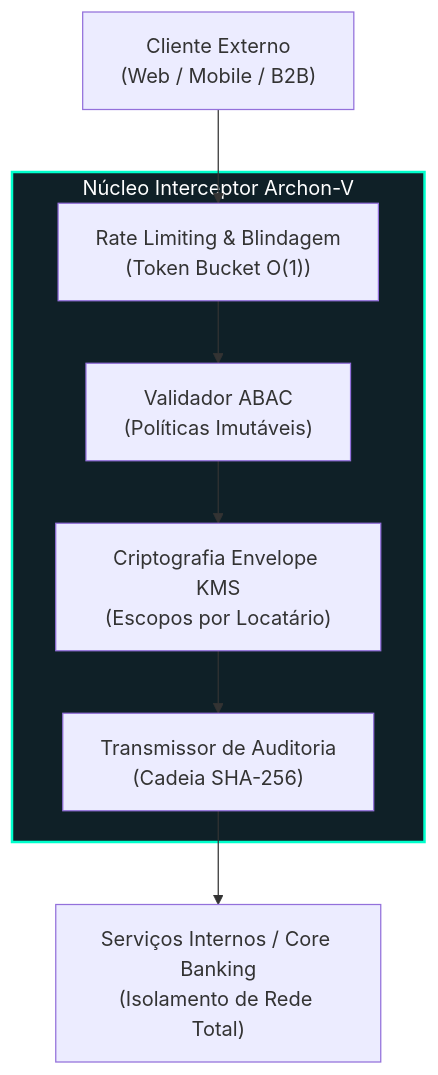
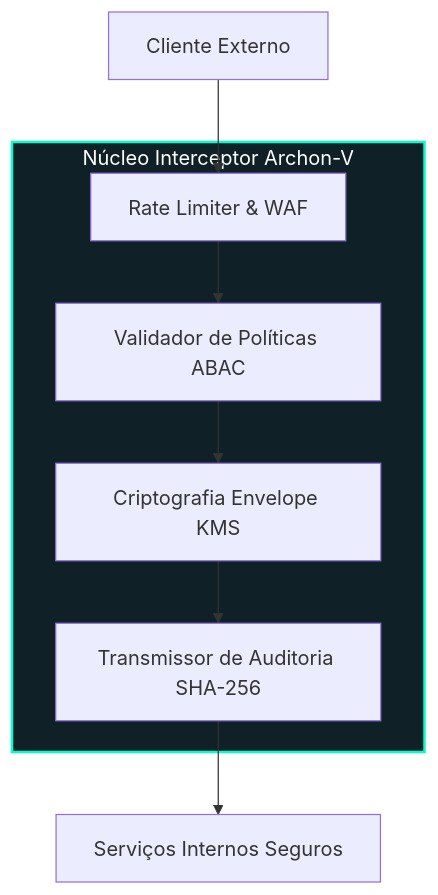
Before and after one commit to welzim19-star/archon-v: the diagram in README.pt-BR.md, drawn with Mermaid. The commit also changed 1 other file, not shown here.

Commit message:
fix(diagram): streamline Mermaid node labels to eliminate clipping

````diff
--- a/README.pt-BR.md
+++ b/README.pt-BR.md
@@ -24,23 +24,23 @@
 ```mermaid
 flowchart TD
-    Client["Cliente Externo<br/>(Web / Mobile / B2B)"] 
+    Client["Cliente Externo"] 
     
     subgraph ARCHON_CORE["Núcleo Interceptor Archon-V"]
-        WAF["Rate Limiting & Blindagem<br/>(Token Bucket O(1))"]
-        ABAC["Validador ABAC<br/>(Políticas Imutáveis)"]
-        KMS["Criptografia Envelope KMS<br/>(Escopos por Locatário)"]
-        Audit["Transmissor de Auditoria<br/>(Cadeia SHA-256)"]
+        WAF["Rate Limiter & WAF"]
+        ABAC["Validador de Políticas ABAC"]
+        KMS["Criptografia Envelope KMS"]
+        Audit["Transmissor de Auditoria SHA-256"]
         
         WAF --> ABAC
         ABAC --> KMS
         KMS --> Audit
     end
     
-    Upstream["Serviços Internos / Core Banking<br/>(Isolamento de Rede Total)"]
+    Upstream["Serviços Internos Seguros"]
 
     Client --> WAF
     Audit --> Upstream
     
     classDef secure fill:#0f2027,stroke:#00ffcc,stroke-width:2px,color:#fff;
     class ARCHON_CORE secure;
 ```
````
